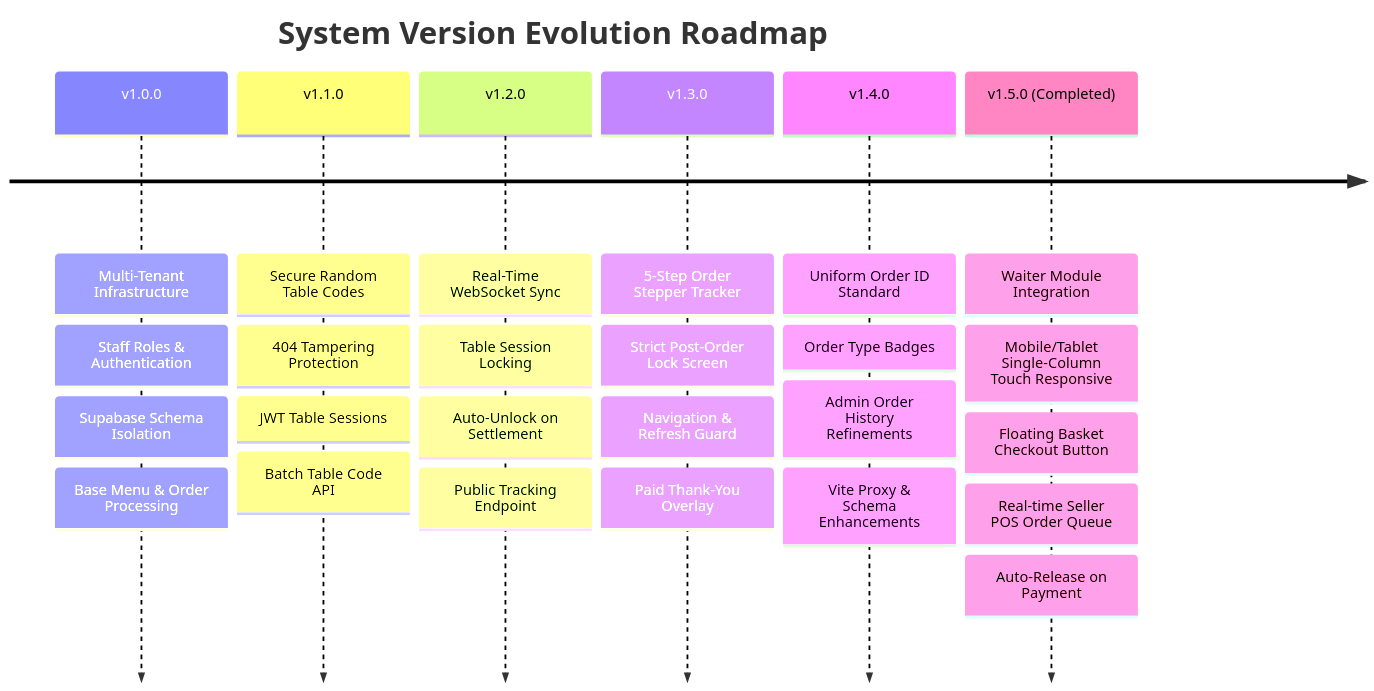
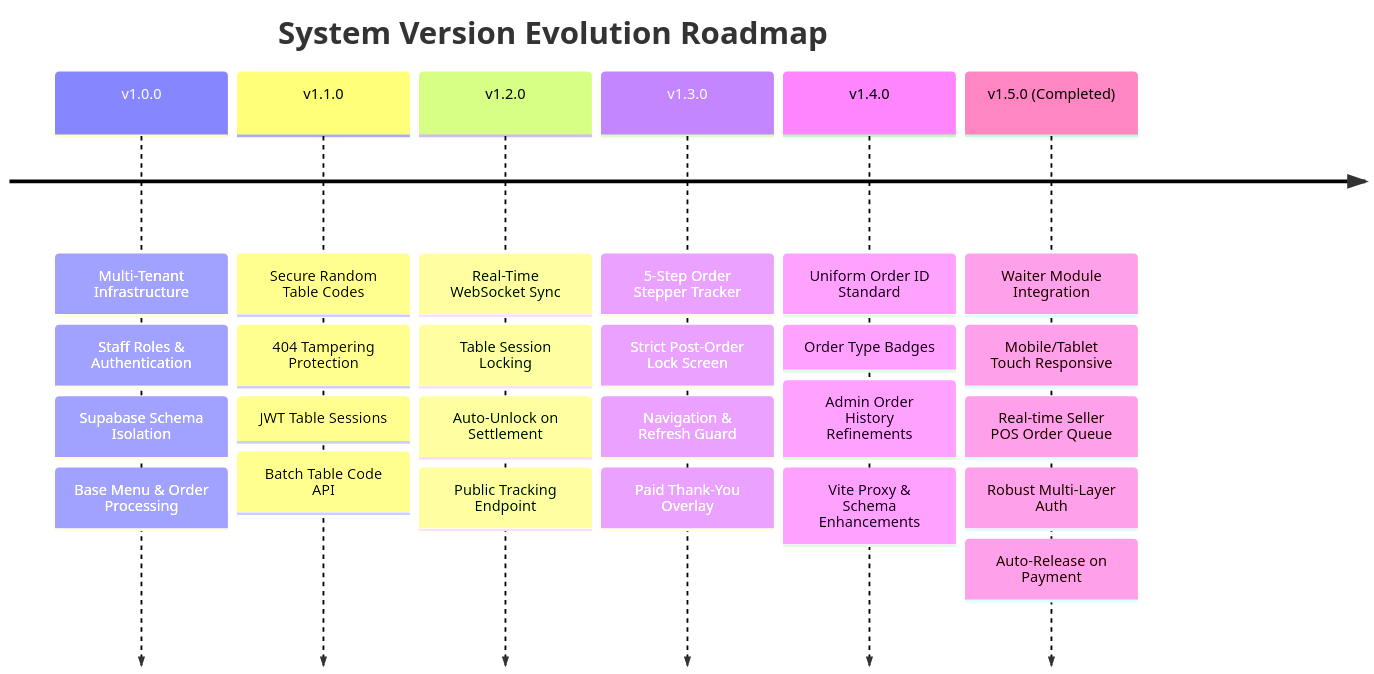
One commit to alifayyaz-06/apexscan changed the first of 3 diagrams in PLAN.md. Above: the diagram before and after it, drawn with Mermaid. The commit also changed other lines of this file, not shown here.

Commit message:
docs: sync PLAN.md with complete v1.5.0 bug fix table and architecture diagrams

````diff
--- a/PLAN.md
+++ b/PLAN.md
@@ -18,10 +18,10 @@
 ```mermaid
 timeline
     title System Version Evolution Roadmap
     v1.0.0 : Multi-Tenant Infrastructure : Staff Roles & Authentication : Supabase Schema Isolation : Base Menu & Order Processing
     v1.1.0 : Secure Random Table Codes : 404 Tampering Protection : JWT Table Sessions : Batch Table Code API
     v1.2.0 : Real-Time WebSocket Sync : Table Session Locking : Auto-Unlock on Settlement : Public Tracking Endpoint
     v1.3.0 : 5-Step Order Stepper Tracker : Strict Post-Order Lock Screen : Navigation & Refresh Guard : Paid Thank-You Overlay
     v1.4.0 : Uniform Order ID Standard : Order Type Badges : Admin Order History Refinements : Vite Proxy & Schema Enhancements
-    v1.5.0 (Completed) : Waiter Module Integration : Mobile/Tablet Single-Column Touch Responsive : Floating Basket Checkout Button : Real-time Seller POS Order Queue : Auto-Release on Payment
+    v1.5.0 (Completed) : Waiter Module Integration : Mobile/Tablet Touch Responsive : Real-time Seller POS Order Queue : Robust Multi-Layer Auth : Auto-Release on Payment
 ```
````
